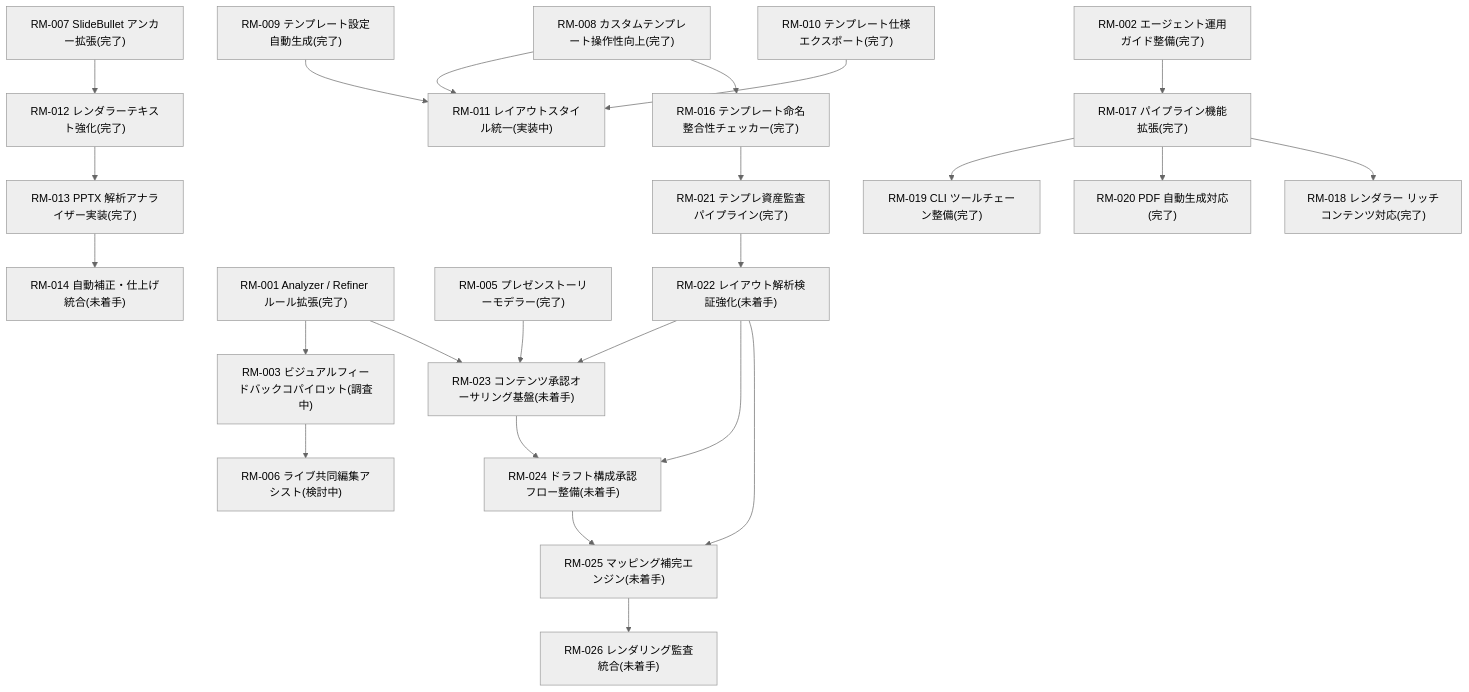
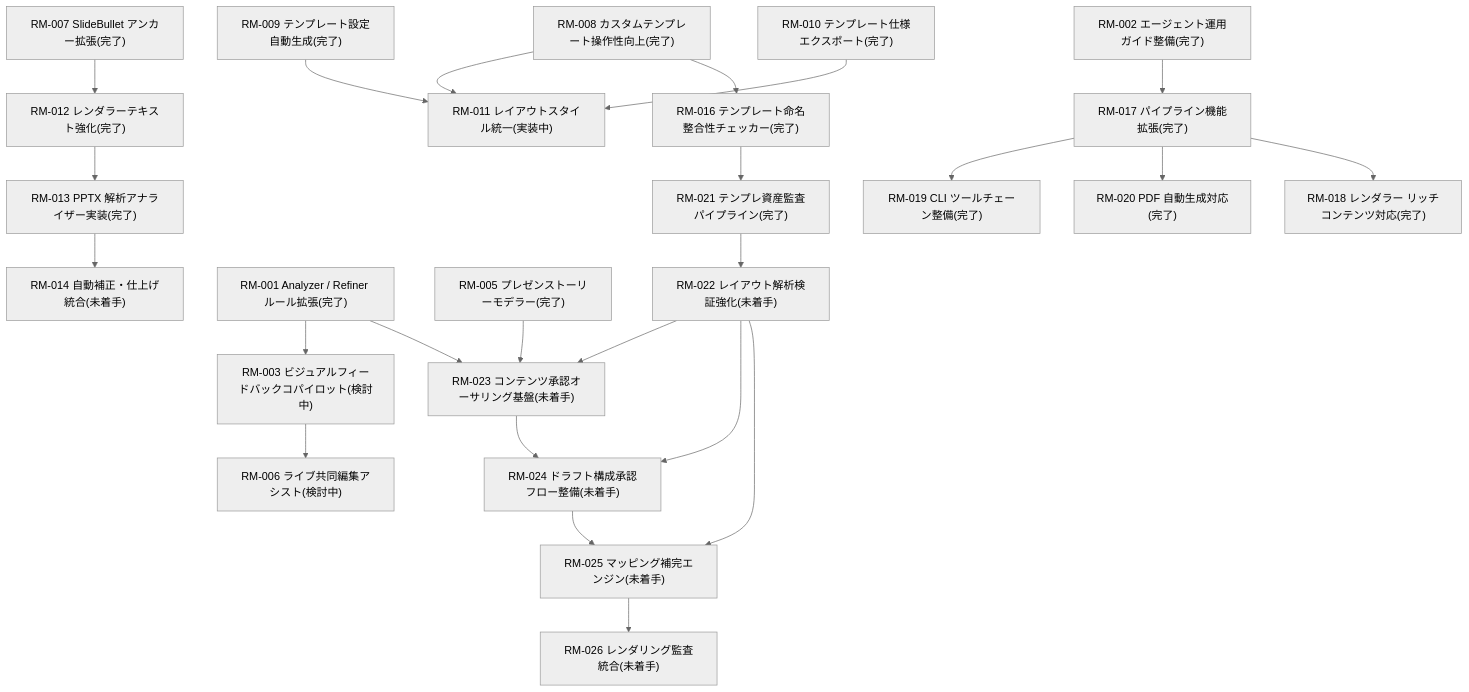
One commit to yurake/pptx_generator changed the diagram in docs/roadmap/README.md. Above: the diagram before and after it, drawn with Mermaid (neutral theme).

Commit message:
docs(roadmap): sync rm003 status

````diff
--- a/docs/roadmap/README.md
+++ b/docs/roadmap/README.md
@@ -28,26 +28,26 @@
 ```mermaid
 graph TD
     RM007["RM-007 SlideBullet アンカー拡張(完了)"] --> RM012["RM-012 レンダラーテキスト強化(完了)"]
     RM012 --> RM013["RM-013 PPTX 解析アナライザー実装(完了)"]
     RM013 --> RM014["RM-014 自動補正・仕上げ統合(未着手)"]
     RM008["RM-008 カスタムテンプレート操作性向上(完了)"] --> RM011["RM-011 レイアウトスタイル統一(実装中)"]
     RM009["RM-009 テンプレート設定自動生成(完了)"] --> RM011
     RM010["RM-010 テンプレート仕様エクスポート(完了)"] --> RM011
     RM008 --> RM016["RM-016 テンプレート命名整合性チェッカー(完了)"]
     RM016 --> RM021["RM-021 テンプレ資産監査パイプライン(完了)"]
-    RM001["RM-001 Analyzer / Refiner ルール拡張(完了)"] --> RM003["RM-003 ビジュアルフィードバックコパイロット(調査中)"]
+    RM001["RM-001 Analyzer / Refiner ルール拡張(完了)"] --> RM003["RM-003 ビジュアルフィードバックコパイロット(検討中)"]
     RM001 --> RM023["RM-023 コンテンツ承認オーサリング基盤(未着手)"]
     RM005["RM-005 プレゼンストーリーモデラー(完了)"] --> RM023
     RM003 --> RM006["RM-006 ライブ共同編集アシスト(検討中)"]
     RM002["RM-002 エージェント運用ガイド整備(完了)"] --> RM017["RM-017 パイプライン機能拡張(完了)"]
     RM017 --> RM019["RM-019 CLI ツールチェーン整備(完了)"]
     RM017 --> RM020["RM-020 PDF 自動生成対応(完了)"]
     RM017 --> RM018["RM-018 レンダラー リッチコンテンツ対応(完了)"]
     RM021 --> RM022["RM-022 レイアウト解析検証強化(未着手)"]
     RM022 --> RM023
     RM022 --> RM024["RM-024 ドラフト構成承認フロー整備(未着手)"]
     RM023 --> RM024
     RM022 --> RM025["RM-025 マッピング補完エンジン(未着手)"]
     RM024 --> RM025
     RM025 --> RM026["RM-026 レンダリング監査統合(未着手)"]
 ```
````
